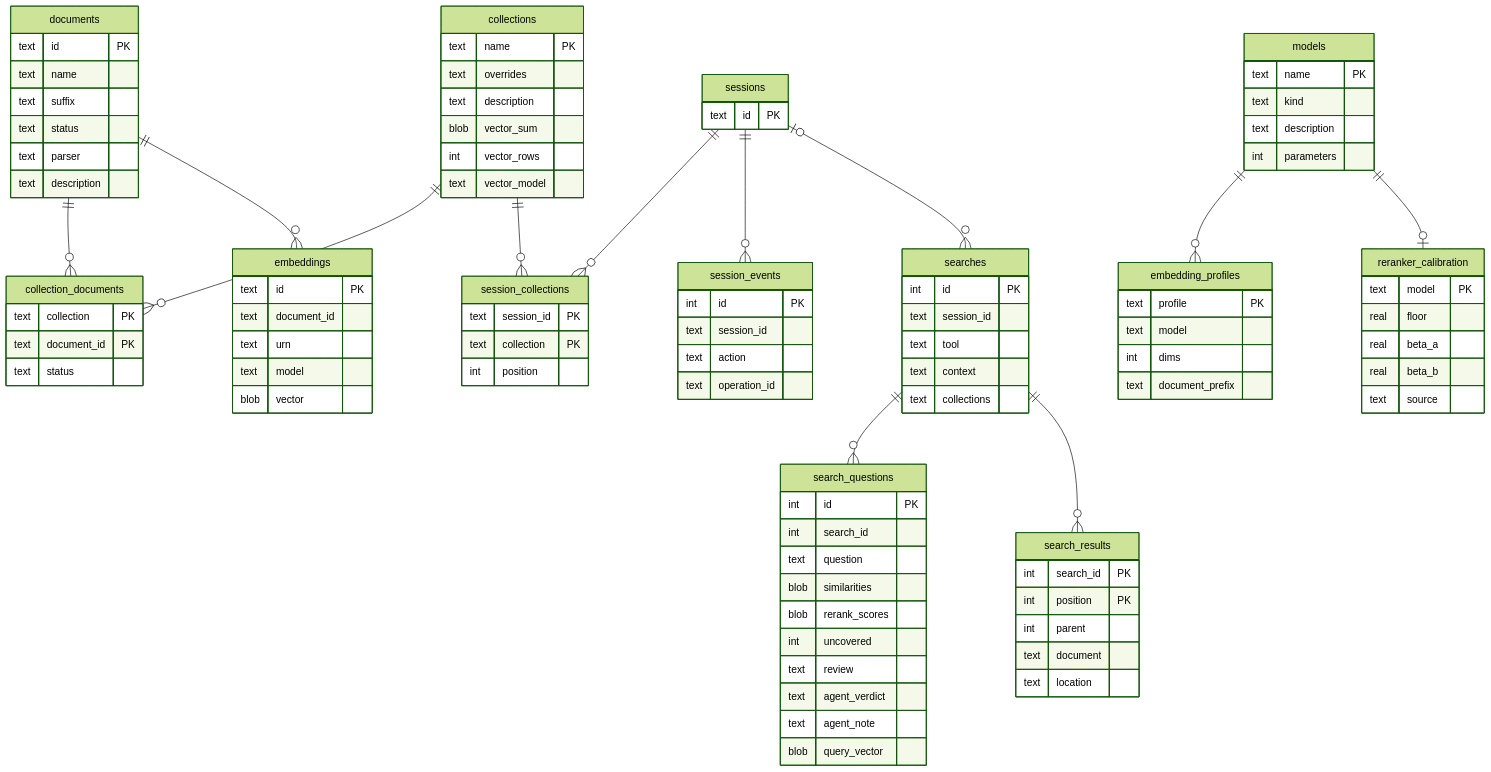
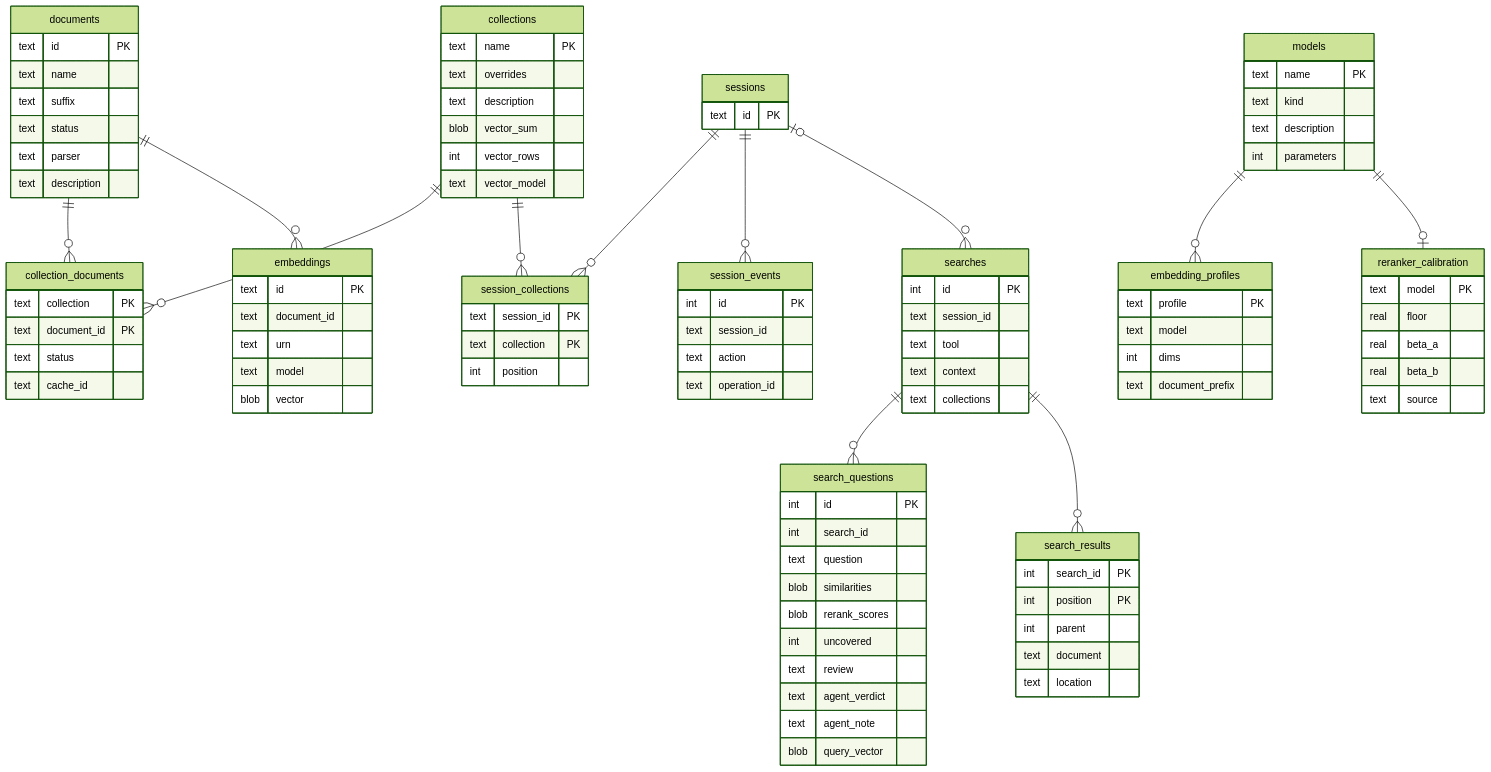
Before and after one commit to haskian/haskie: the diagram in docs/storage.md, drawn with Mermaid (forest theme). The commit also changed other lines of this file and 82 other files, not shown here.

```diff
--- a/docs/storage.md
+++ b/docs/storage.md
@@ -67,6 +65,7 @@
         text collection PK
         text document_id PK
         text status
+        text cache_id
     }
     embeddings {
         text id PK
```
